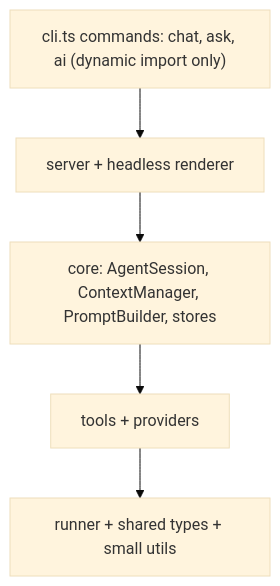
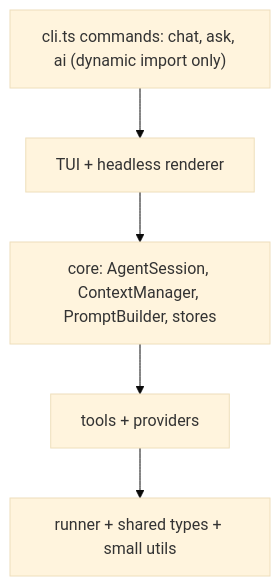
The second of 6 diagrams in design/agent/01-architecture.md (Ahmad-Faraj/polyman), drawn with Mermaid (base theme) before and after one commit. The commit also changed other lines of this file and 9 other files, not shown here.

````diff
--- a/design/agent/01-architecture.md
+++ b/design/agent/01-architecture.md
@@ -85,9 +78,10 @@
 ```mermaid
+%%{init: {"flowchart": {"htmlLabels": false}} }%%
 flowchart TD
   L5["cli.ts commands: chat, ask, ai (dynamic import only)"]
-  L4["server + headless renderer"]
+  L4["TUI + headless renderer"]
   L3["core: AgentSession, ContextManager, PromptBuilder, stores"]
   L2["tools + providers"]
   L1["runner + shared types + small utils"]
   L5 --> L4 --> L3 --> L2 --> L1
 ```
````
